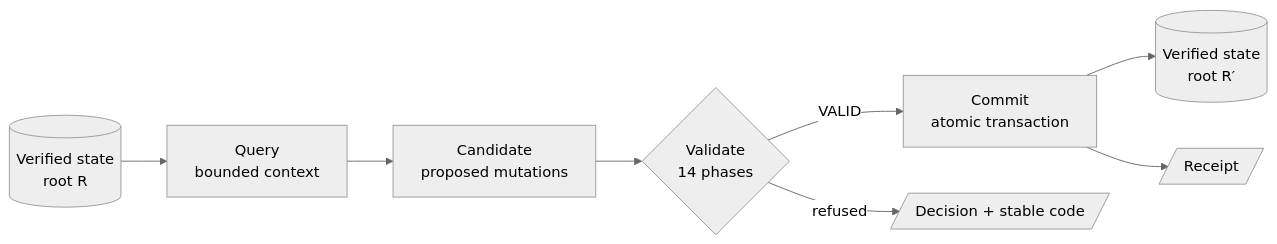
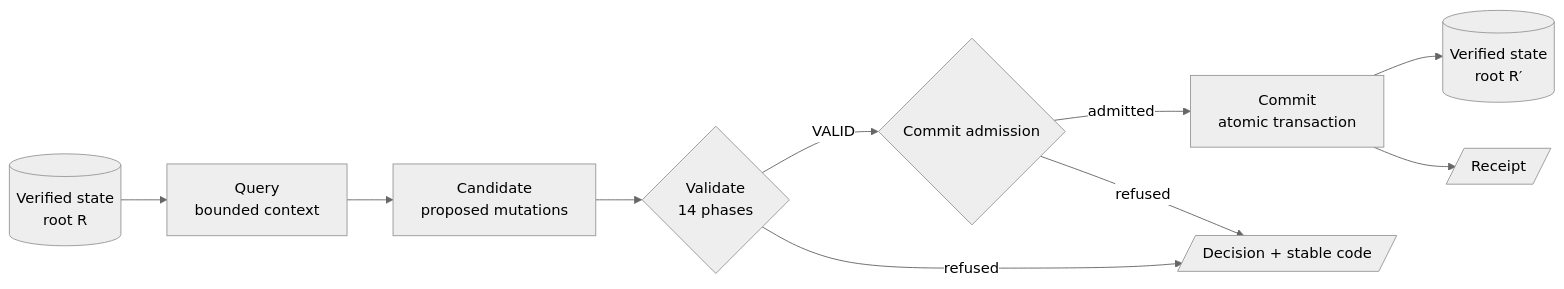
One commit to sley-lang/sley changed the diagram in docs/CONCEPTS.md. Above: the diagram before and after it, drawn with Mermaid (neutral theme). The commit also changed other lines of this file and 3 other files, not shown here.

````diff
--- a/docs/CONCEPTS.md
+++ b/docs/CONCEPTS.md
@@ -133,10 +137,12 @@
 ```mermaid
 flowchart LR
     S0[(Verified state<br/>root R)] --> Q[Query<br/>bounded context]
     Q --> C[Candidate<br/>proposed mutations]
     C --> V{Validate<br/>14 phases}
-    V -- VALID --> T[Commit<br/>atomic transaction]
+    V -- VALID --> G{Commit admission}
+    G -- admitted --> T[Commit<br/>atomic transaction]
+    G -- refused --> E
     V -- refused --> E[/Decision + stable code/]
     T --> S1[(Verified state<br/>root R′)]
     T --> RC[/Receipt/]
 ```
````
